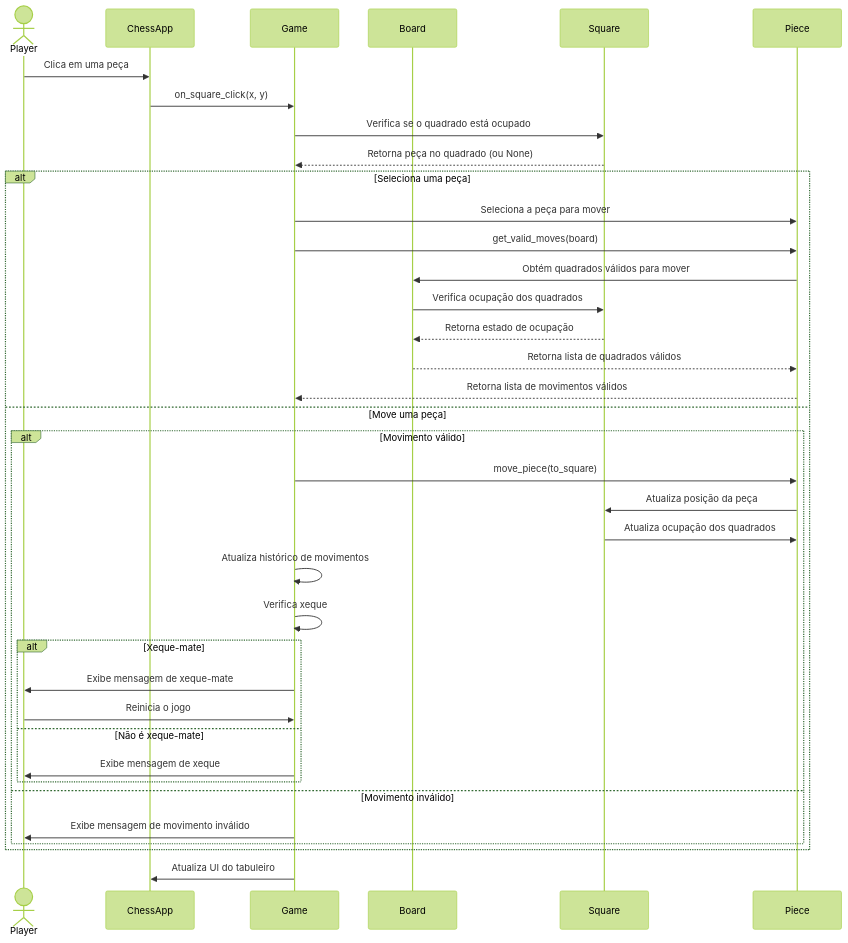
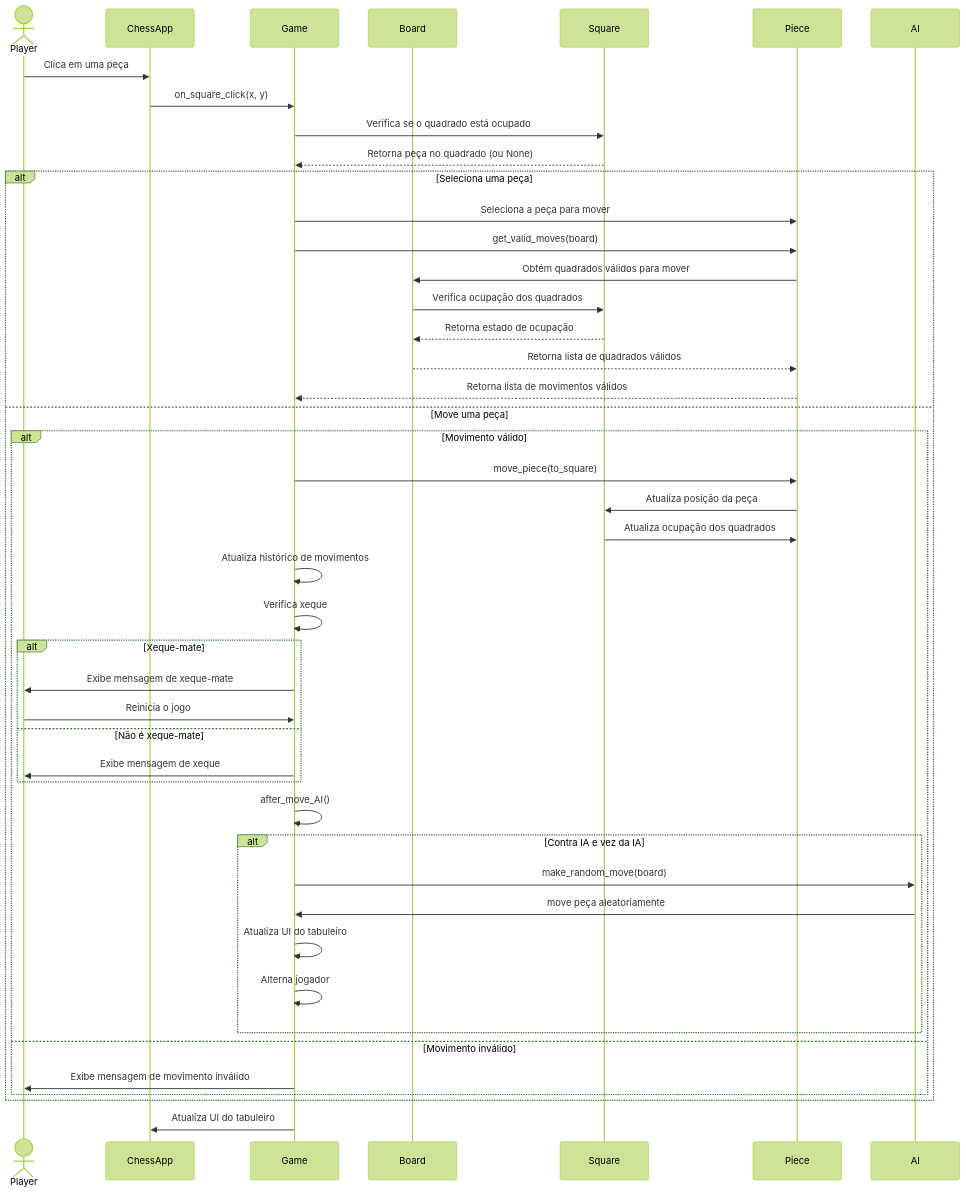
The second of 2 diagrams in README.md (DenielR/Trab-xadrez), drawn with Mermaid (forest theme) before and after one commit. The commit also changed other lines of this file and 6 other files, not shown here.

````diff
--- a/README.md
+++ b/README.md
@@ -102,41 +108,49 @@
 ```mermaid
 sequenceDiagram
     actor Player
     participant ChessApp
     participant Game
     participant Board
     participant Square
     participant Piece
+    participant AI
 
     Player->>ChessApp: Clica em uma peça
     ChessApp->>Game: on_square_click(x, y)
     Game->>Square: Verifica se o quadrado está ocupado
     Square-->>Game: Retorna peça no quadrado (ou None)
     alt Seleciona uma peça
         Game->>Piece: Seleciona a peça para mover
         Game->>Piece: get_valid_moves(board)
         Piece->>Board: Obtém quadrados válidos para mover
         Board->>Square: Verifica ocupação dos quadrados
         Square-->>Board: Retorna estado de ocupação
         Board-->>Piece: Retorna lista de quadrados válidos
         Piece-->>Game: Retorna lista de movimentos válidos
     else Move uma peça
         alt Movimento válido
             Game->>Piece: move_piece(to_square)
             Piece->>Square: Atualiza posição da peça
             Square->>Piece: Atualiza ocupação dos quadrados
             Game->>Game: Atualiza histórico de movimentos
             Game->>Game: Verifica xeque
             alt Xeque-mate
                 Game->>Player: Exibe mensagem de xeque-mate
                 Player->>Game: Reinicia o jogo
             else Não é xeque-mate
                 Game->>Player: Exibe mensagem de xeque
             end
+            Game->>Game: after_move_AI()
+            alt Contra IA e vez da IA
+                Game->>AI: make_random_move(board)
+                AI->>Game: move peça aleatoriamente
+                Game->>Game: Atualiza UI do tabuleiro
+                Game->>Game: Alterna jogador
+            end
         else Movimento inválido
             Game->>Player: Exibe mensagem de movimento inválido
-	end
+        end
     end
     Game->>ChessApp: Atualiza UI do tabuleiro
 
 ```
````
